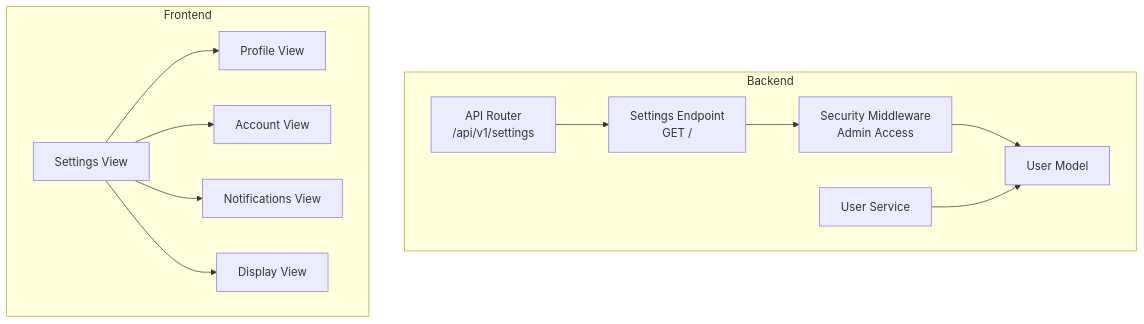
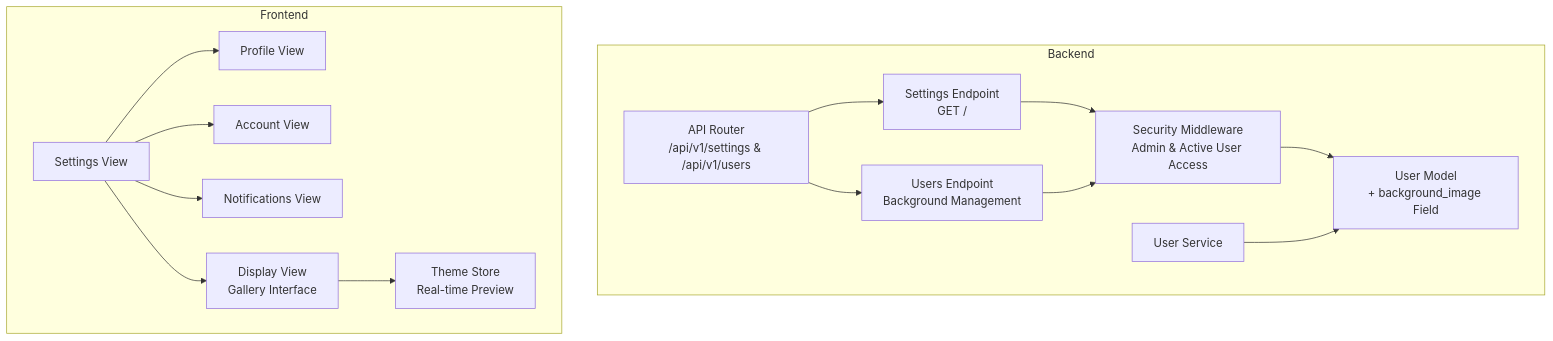
One commit to Nikita5543/New-SSO-02 changed the first of 4 diagrams in .qoder/repowiki/en/content/Core API Reference/Settings Endpoints.md. Above: the diagram before and after it, drawn with Mermaid. The commit also changed other lines of this file and 7 other files, not shown here.

````diff
--- a/.qoder/repowiki/en/content/Core API Reference/Settings Endpoints.md
+++ b/.qoder/repowiki/en/content/Core API Reference/Settings Endpoints.md
@@ -42,25 +52,30 @@
 ```mermaid
 graph TB
 subgraph "Backend"
-R["API Router<br/>/api/v1/settings"]
+R["API Router<br/>/api/v1/settings & /api/v1/users"]
 S["Settings Endpoint<br/>GET /"]
-Sec["Security Middleware<br/>Admin Access"]
-M["User Model"]
+UE["Users Endpoint<br/>Background Management"]
+Sec["Security Middleware<br/>Admin & Active User Access"]
+M["User Model<br/>+ background_image Field"]
 U["User Service"]
 end
 subgraph "Frontend"
 SV["Settings View"]
 PV["Profile View"]
 AV["Account View"]
 NV["Notifications View"]
-DV["Display View"]
+DV["Display View<br/>Gallery Interface"]
+TS["Theme Store<br/>Real-time Preview"]
 end
 SV --> PV
 SV --> AV
 SV --> NV
 SV --> DV
+DV --> TS
 R --> S
+R --> UE
 S --> Sec
+UE --> Sec
 Sec --> M
 U --> M
 ```
````
